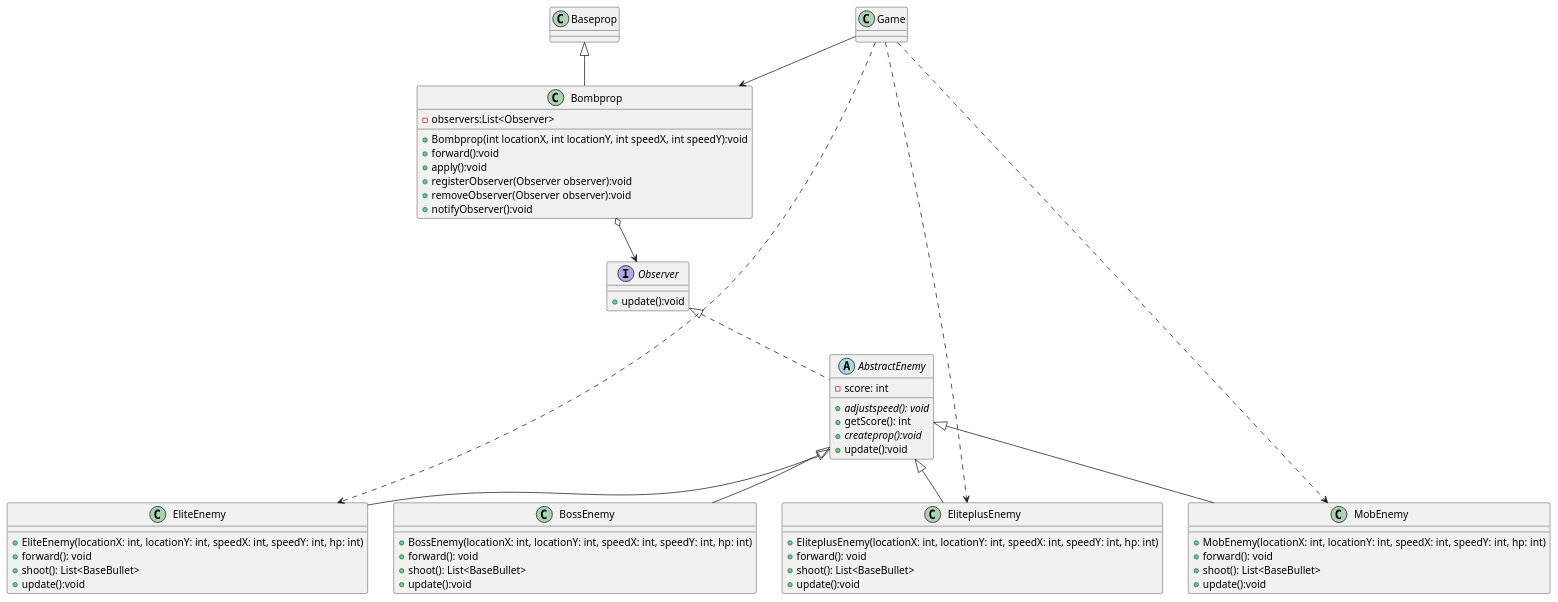
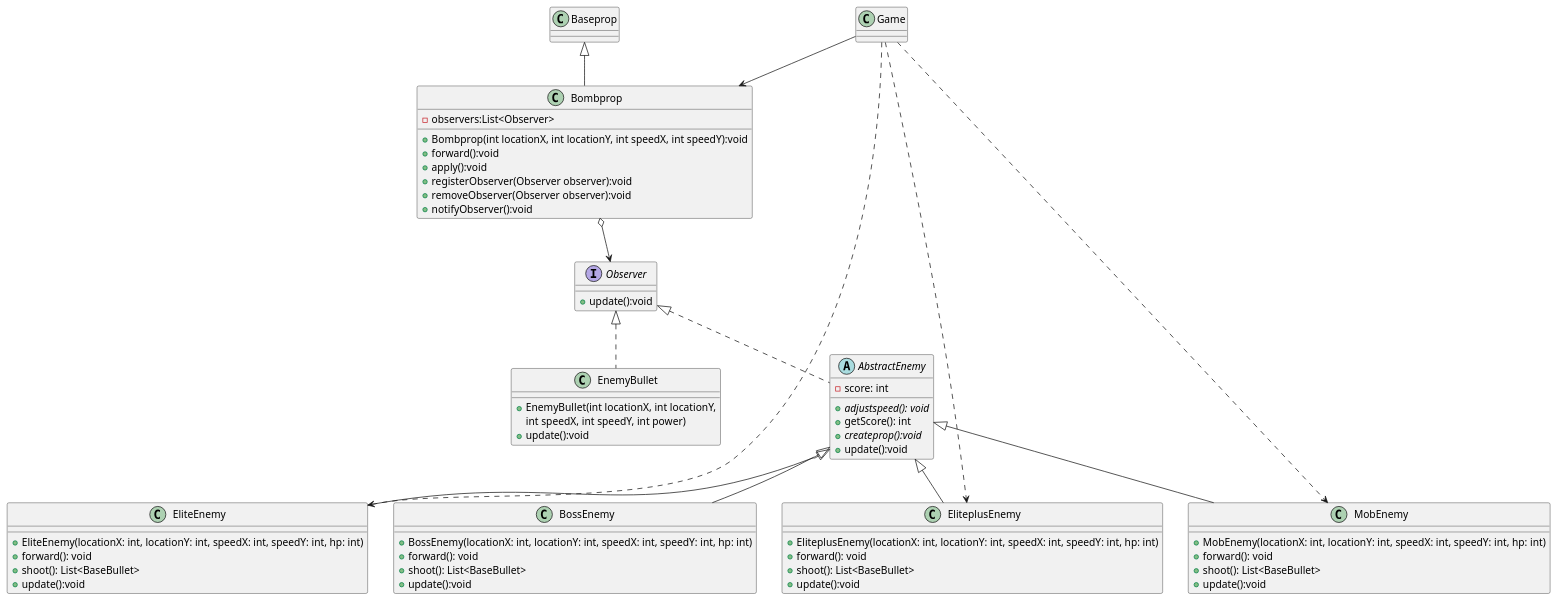
Before and after one commit to jangyicheng/Java-wargame: the diagram in uml/Observer.puml, drawn with PlantUML. The commit also changed 19 other files, not shown here.

```diff
--- a/uml/Observer.puml
+++ b/uml/Observer.puml
@@ -1,56 +1,61 @@
 @startuml
 
 class  Bombprop extends Baseprop{
 -observers:List<Observer>
 + Bombprop(int locationX, int locationY, int speedX, int speedY):void
 +forward():void
 +apply():void
 +registerObserver(Observer observer):void
 +removeObserver(Observer observer):void
 +notifyObserver():void
 }
 
 interface Observer
 {
 +update():void
 }
 abstract class AbstractEnemy implements Observer{
   - score: int
   + {abstract}adjustspeed(): void
   + getScore(): int
   + {abstract} createprop():void
   +update():void
 }
 class EliteEnemy extends AbstractEnemy {
   + EliteEnemy(locationX: int, locationY: int, speedX: int, speedY: int, hp: int)
   + forward(): void
   + shoot(): List<BaseBullet>
   +update():void
 }
 class EliteplusEnemy extends AbstractEnemy {
   + EliteplusEnemy(locationX: int, locationY: int, speedX: int, speedY: int, hp: int)
   + forward(): void
   + shoot(): List<BaseBullet>
   +update():void
 }
 class MobEnemy extends AbstractEnemy {
   + MobEnemy(locationX: int, locationY: int, speedX: int, speedY: int, hp: int)
   + forward(): void
   + shoot(): List<BaseBullet>
   +update():void
 }
 class BossEnemy extends AbstractEnemy{
   + BossEnemy(locationX: int, locationY: int, speedX: int, speedY: int, hp: int)
   + forward(): void
   + shoot(): List<BaseBullet>
   +update():void
 }
 class Game{
 }
 
+class EnemyBullet implements Observer{
+    + EnemyBullet(int locationX, int locationY,
+     int speedX, int speedY, int power)
+    + update():void
+}
 Game --> Bombprop
 Bombprop o--> Observer
 Game ..> MobEnemy
 Game ..> EliteEnemy
 Game ..> EliteplusEnemy
 @enduml
```
